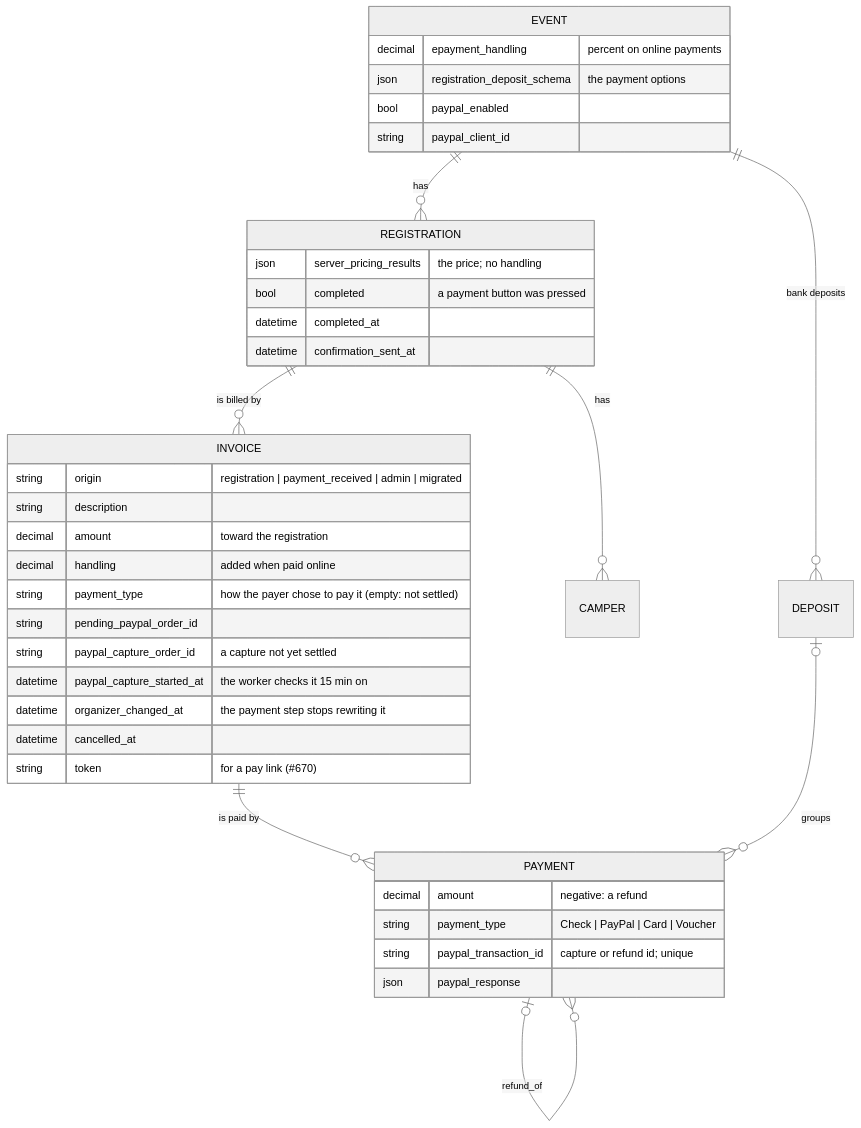
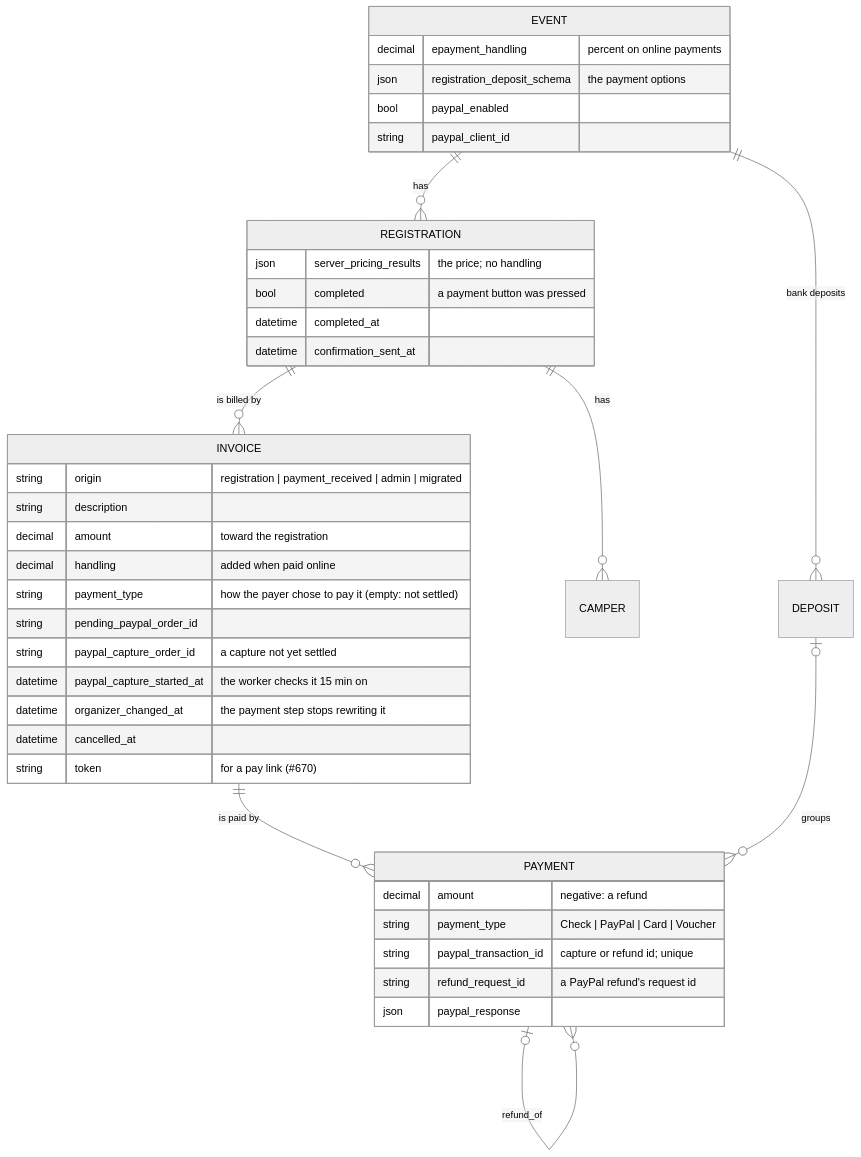
The first of 12 diagrams in doc/payments.md (camphoric/camphoric), drawn with Mermaid (neutral theme) before and after one commit. The commit also changed other lines of this file and 8 other files, not shown here.

````diff
--- a/doc/payments.md
+++ b/doc/payments.md
@@ -43,41 +43,42 @@
 ```mermaid
 erDiagram
     EVENT ||--o{ REGISTRATION : has
     EVENT ||--o{ DEPOSIT : "bank deposits"
     REGISTRATION ||--o{ CAMPER : has
     REGISTRATION ||--o{ INVOICE : "is billed by"
     INVOICE ||--o{ PAYMENT : "is paid by"
     PAYMENT |o--o{ PAYMENT : "refund_of"
     DEPOSIT |o--o{ PAYMENT : groups
     EVENT {
         decimal epayment_handling "percent on online payments"
         json registration_deposit_schema "the payment options"
         bool paypal_enabled
         string paypal_client_id
     }
     REGISTRATION {
         json server_pricing_results "the price; no handling"
         bool completed "a payment button was pressed"
         datetime completed_at
         datetime confirmation_sent_at
     }
     INVOICE {
         string origin "registration | payment_received | admin | migrated"
         string description
         decimal amount "toward the registration"
         decimal handling "added when paid online"
         string payment_type "how the payer chose to pay it (empty: not settled)"
         string pending_paypal_order_id
         string paypal_capture_order_id "a capture not yet settled"
         datetime paypal_capture_started_at "the worker checks it 15 min on"
         datetime organizer_changed_at "the payment step stops rewriting it"
         datetime cancelled_at
         string token "for a pay link (#670)"
     }
     PAYMENT {
         decimal amount "negative: a refund"
         string payment_type "Check | PayPal | Card | Voucher"
         string paypal_transaction_id "capture or refund id; unique"
+        string refund_request_id "a PayPal refund's request id"
         json paypal_response
     }
 ```
````
